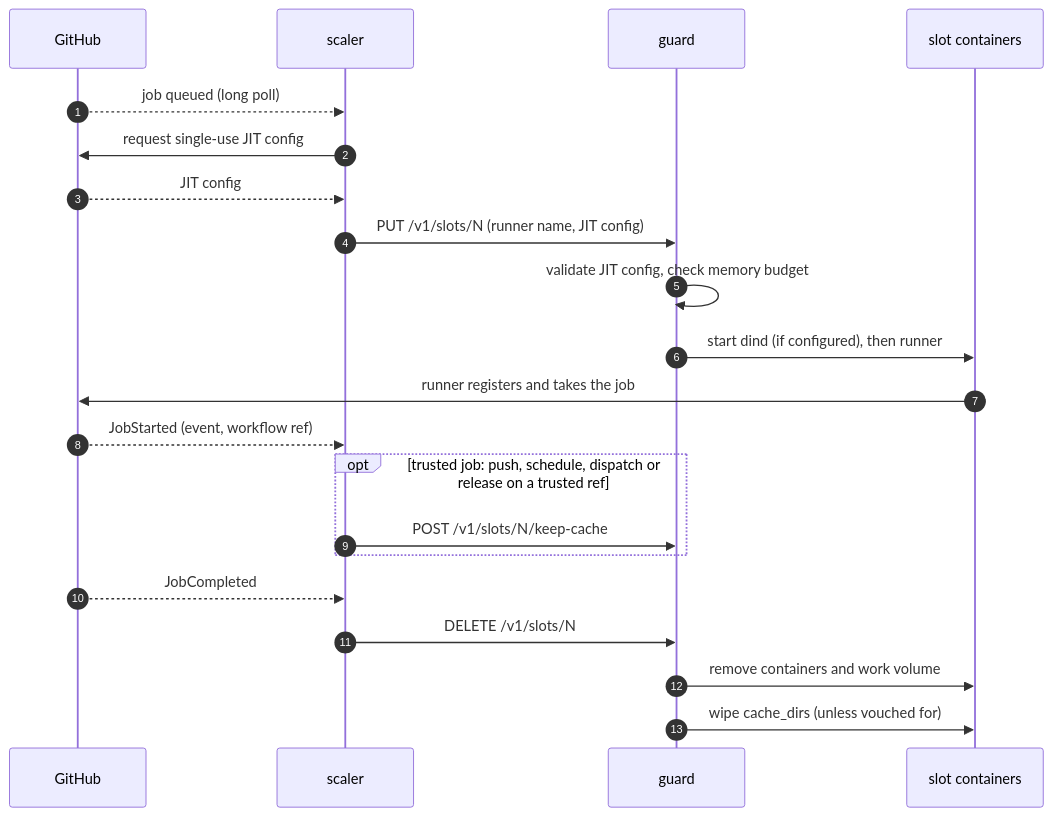
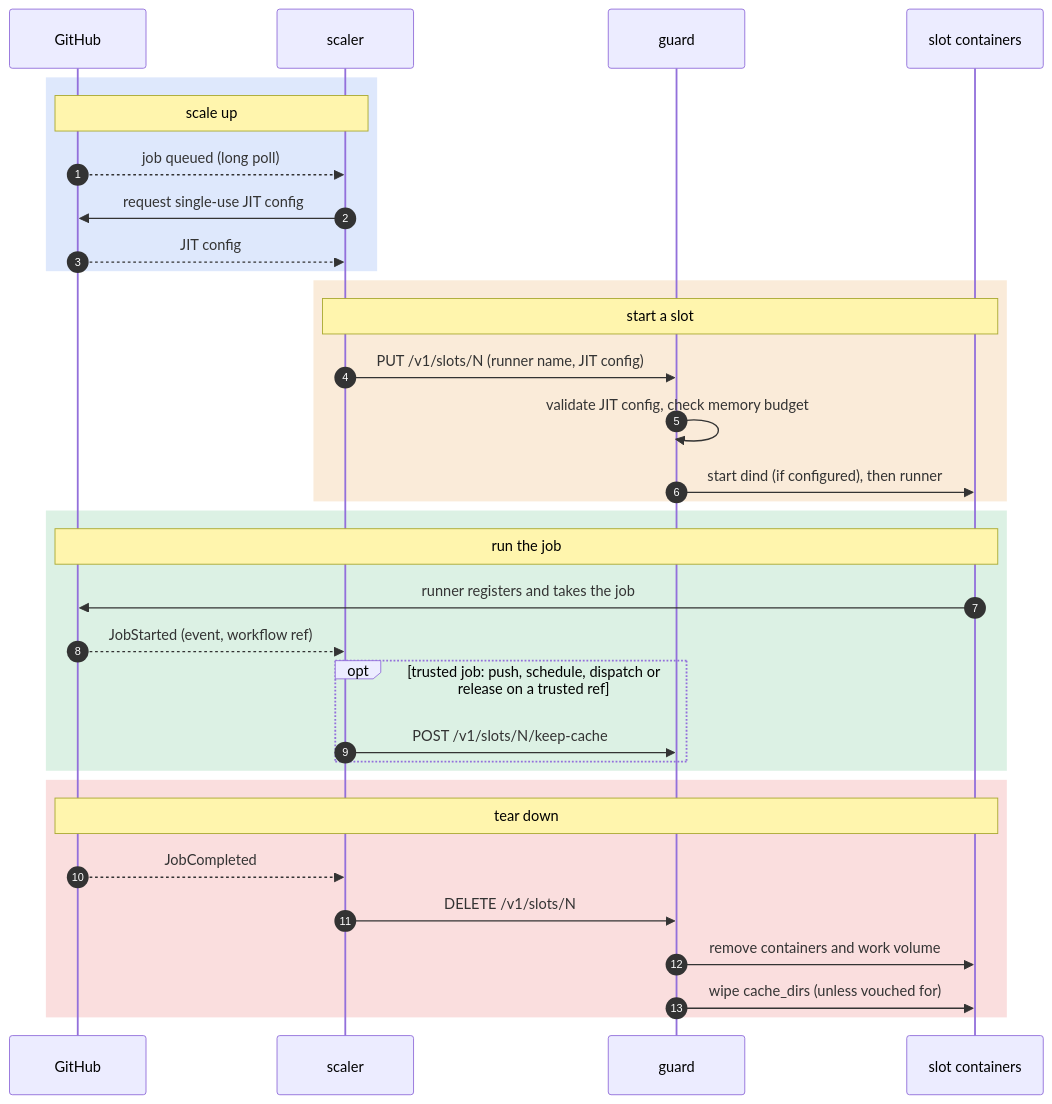
Before and after one commit to MacLeodTech/runner-scaling: the second of 3 diagrams in README.md, drawn with Mermaid. The commit also changed other lines of this file, not shown here.

Commit message:
README: colour the mermaid diagrams

````diff
--- a/README.md
+++ b/README.md
@@ -57,23 +64,35 @@
 ```mermaid
 sequenceDiagram
     autonumber
     participant GH as GitHub
     participant S as scaler
     participant G as guard
     participant C as slot containers
+    rect rgba(37, 99, 235, 0.15)
+    Note over GH,S: scale up
     GH-->>S: job queued (long poll)
     S->>GH: request single-use JIT config
     GH-->>S: JIT config
+    end
+    rect rgba(217, 119, 6, 0.15)
+    Note over S,C: start a slot
     S->>G: PUT /v1/slots/N (runner name, JIT config)
     G->>G: validate JIT config, check memory budget
     G->>C: start dind (if configured), then runner
+    end
+    rect rgba(22, 163, 74, 0.15)
+    Note over GH,C: run the job
     C->>GH: runner registers and takes the job
     GH-->>S: JobStarted (event, workflow ref)
     opt trusted job: push, schedule, dispatch or release on a trusted ref
         S->>G: POST /v1/slots/N/keep-cache
     end
+    end
+    rect rgba(220, 38, 38, 0.15)
+    Note over GH,C: tear down
     GH-->>S: JobCompleted
     S->>G: DELETE /v1/slots/N
     G->>C: remove containers and work volume
     G->>C: wipe cache_dirs (unless vouched for)
+    end
 ```
````
